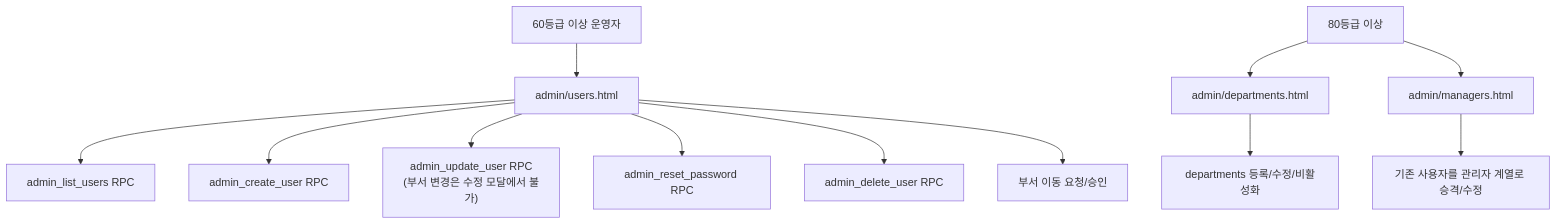
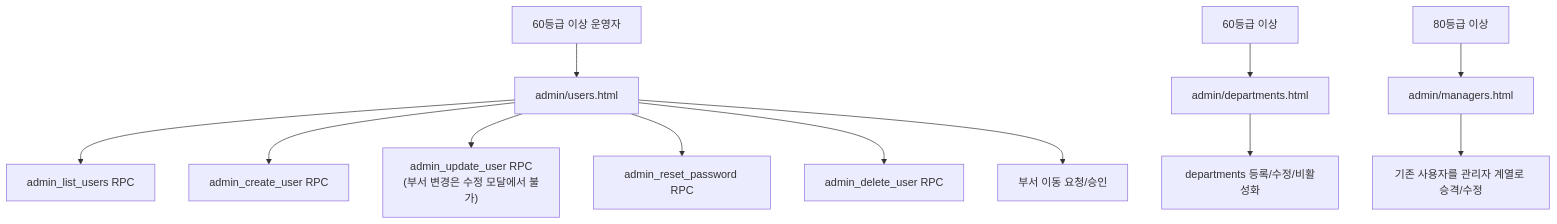
The fifth of 11 diagrams in docs/PROJECT_ARCHITECTURE_FLOW.md (CHO-Talents/CHO-Talents), drawn with Mermaid before and after one commit. The commit also changed other lines of this file and 4 other files, not shown here.

````diff
--- a/docs/PROJECT_ARCHITECTURE_FLOW.md
+++ b/docs/PROJECT_ARCHITECTURE_FLOW.md
@@ -210,16 +214,16 @@
 ```mermaid
 flowchart TD
   Operator["60등급 이상 운영자"] --> Users["admin/users.html"]
   Users --> List["admin_list_users RPC"]
   Users --> Create["admin_create_user RPC"]
   Users --> Update["admin_update_user RPC<br/>(부서 변경은 수정 모달에서 불가)"]
   Users --> Reset["admin_reset_password RPC"]
   Users --> Delete["admin_delete_user RPC"]
   Users --> Transfer["부서 이동 요청/승인"]
 
-  Chief["80등급 이상"] --> Departments["admin/departments.html"]
+  DeptManager["60등급 이상"] --> Departments["admin/departments.html"]
   Departments --> DeptCRUD["departments 등록/수정/비활성화"]
 
-  Chief --> Managers["admin/managers.html"]
+  Chief["80등급 이상"] --> Managers["admin/managers.html"]
   Managers --> Promote["기존 사용자를 관리자 계열로 승격/수정"]
 ```
````
